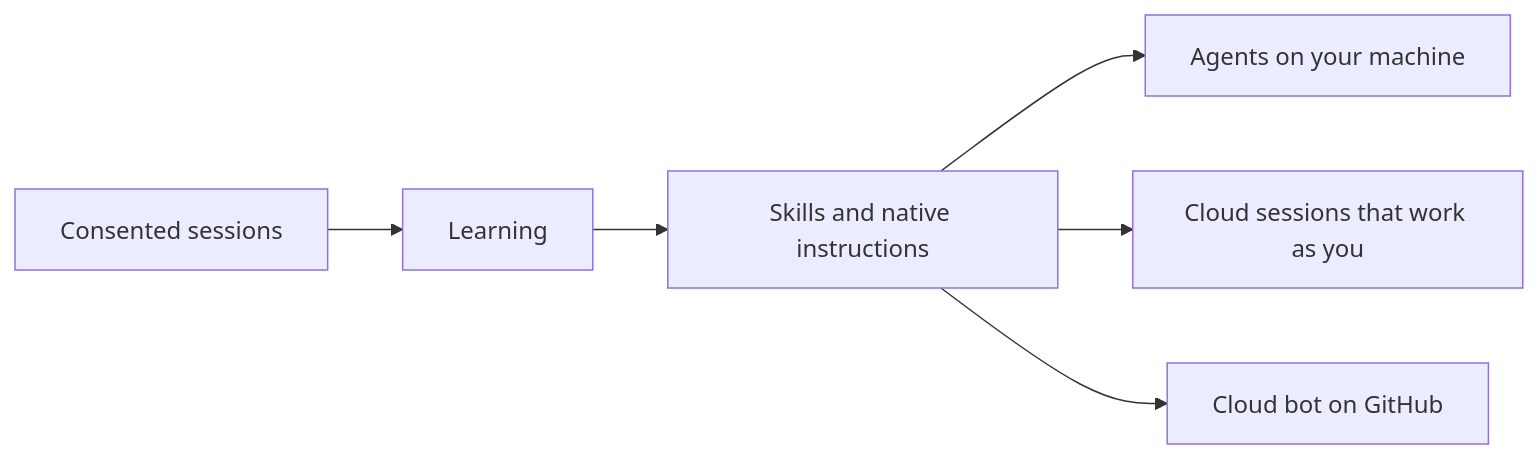
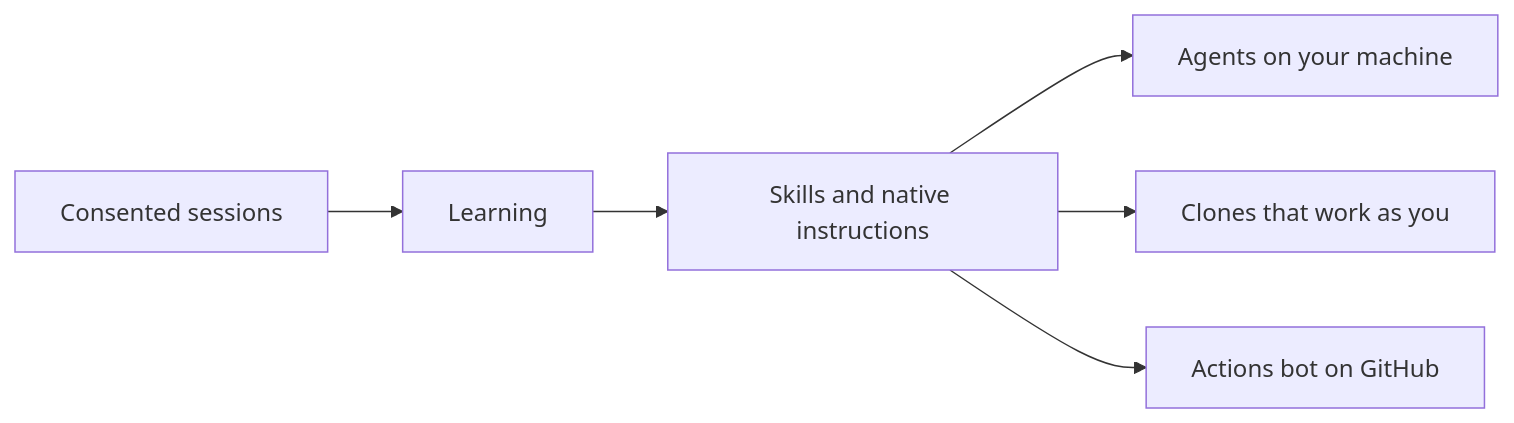
Before and after one commit to zqf20096327/ai_collect: the diagram in data/readmes/theonly1me__shadowclone.md, drawn with Mermaid. The commit also changed other lines of this file and 2035 other files, not shown here.

````diff
--- a/data/readmes/theonly1me__shadowclone.md
+++ b/data/readmes/theonly1me__shadowclone.md
@@ -127,8 +130,8 @@
 ```mermaid
 flowchart LR
   A[Consented sessions] --> B[Learning]
   B --> C[Skills and native instructions]
   C --> D[Agents on your machine]
-  C --> E[Cloud sessions that work as you]
-  C --> F[Cloud bot on GitHub]
+  C --> E[Clones that work as you]
+  C --> F[Actions bot on GitHub]
 ```
````
